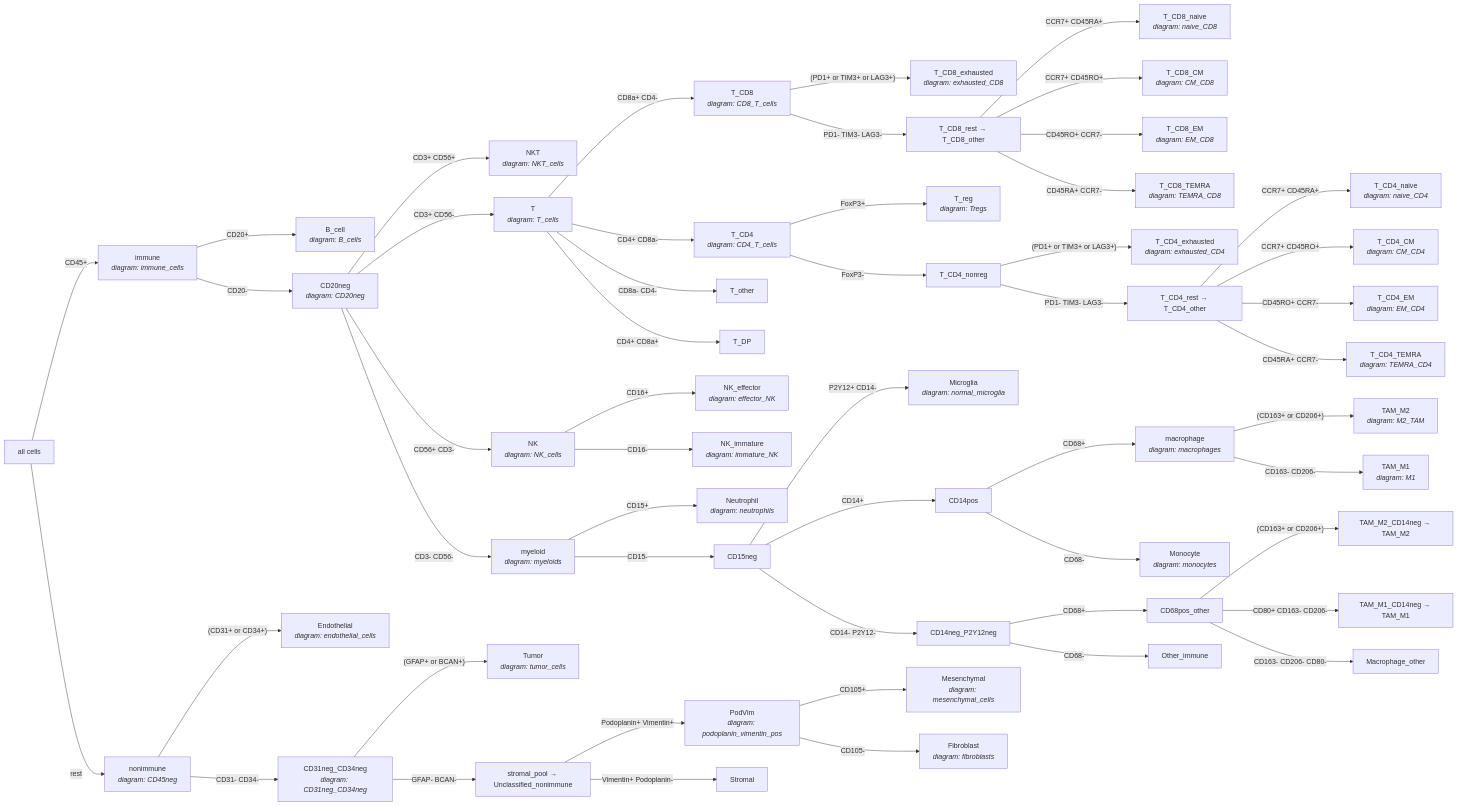
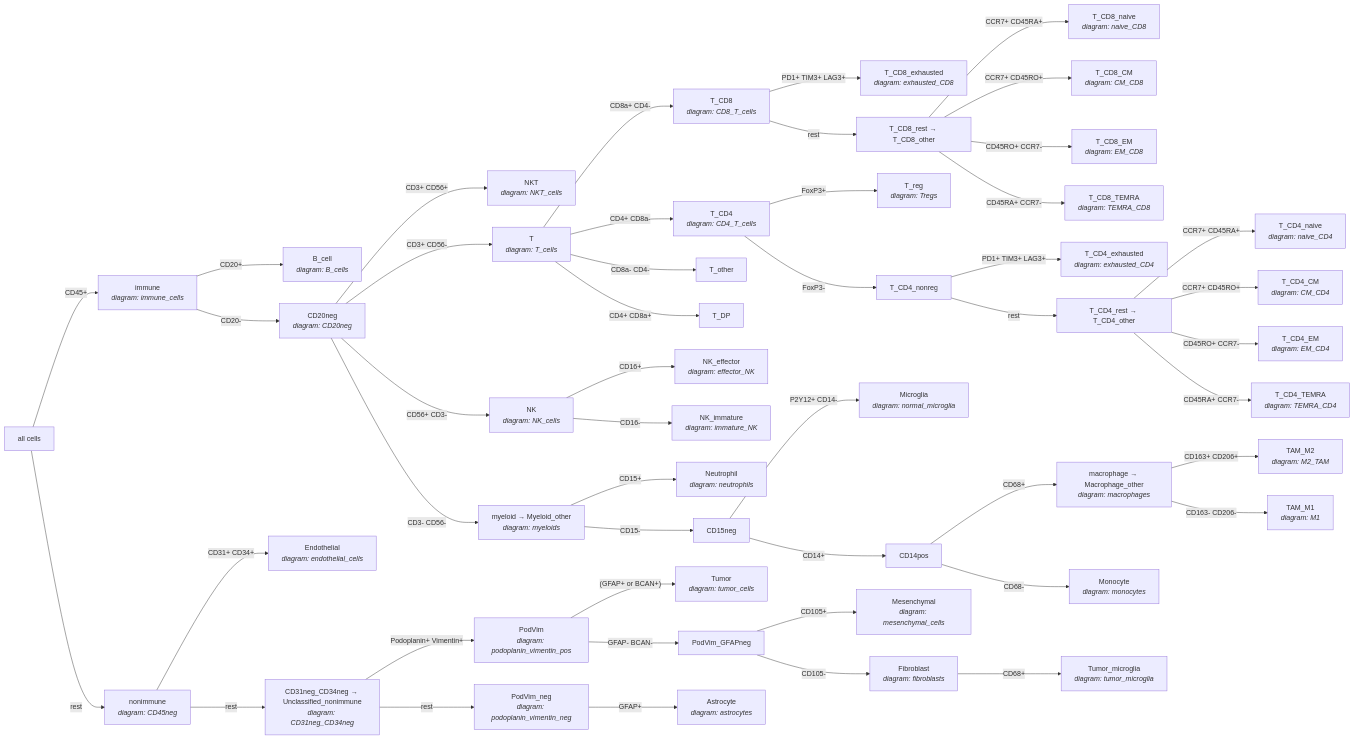
Before and after one commit to federicadannunzio1/MACSima-HGG: the diagram in docs/gating_tree.md, drawn with Mermaid. The commit also changed other lines of this file and 9 other files, not shown here.

Commit message:
Gating follows the reference diagram; deviations generated from the YAML; optional per-ROI negpop thresholds

````diff
--- a/docs/gating_tree.md
+++ b/docs/gating_tree.md
@@ -32,38 +32,34 @@
   NK["NK<br/><i>diagram: NK_cells</i>"]
   NK_effector["NK_effector<br/><i>diagram: effector_NK</i>"]
   NK_immature["NK_immature<br/><i>diagram: immature_NK</i>"]
-  myeloid["myeloid<br/><i>diagram: myeloids</i>"]
+  myeloid["myeloid → Myeloid_other<br/><i>diagram: myeloids</i>"]
   Neutrophil["Neutrophil<br/><i>diagram: neutrophils</i>"]
   CD15neg["CD15neg"]
   Microglia["Microglia<br/><i>diagram: normal_microglia</i>"]
   CD14pos["CD14pos"]
-  macrophage["macrophage<br/><i>diagram: macrophages</i>"]
+  macrophage["macrophage → Macrophage_other<br/><i>diagram: macrophages</i>"]
   TAM_M2["TAM_M2<br/><i>diagram: M2_TAM</i>"]
   TAM_M1["TAM_M1<br/><i>diagram: M1</i>"]
   Monocyte["Monocyte<br/><i>diagram: monocytes</i>"]
-  CD14neg_P2Y12neg["CD14neg_P2Y12neg"]
-  CD68pos_other["CD68pos_other"]
-  TAM_M2_CD14neg["TAM_M2_CD14neg → TAM_M2"]
-  TAM_M1_CD14neg["TAM_M1_CD14neg → TAM_M1"]
-  Macrophage_other["Macrophage_other"]
-  Other_immune["Other_immune"]
   nonimmune["nonimmune<br/><i>diagram: CD45neg</i>"]
   Endothelial["Endothelial<br/><i>diagram: endothelial_cells</i>"]
-  CD31neg_CD34neg["CD31neg_CD34neg<br/><i>diagram: CD31neg_CD34neg</i>"]
+  CD31neg_CD34neg["CD31neg_CD34neg → Unclassified_nonimmune<br/><i>diagram: CD31neg_CD34neg</i>"]
+  PodVim["PodVim<br/><i>diagram: podoplanin_vimentin_pos</i>"]
   Tumor["Tumor<br/><i>diagram: tumor_cells</i>"]
-  stromal_pool["stromal_pool → Unclassified_nonimmune"]
-  PodVim["PodVim<br/><i>diagram: podoplanin_vimentin_pos</i>"]
+  PodVim_GFAPneg["PodVim_GFAPneg"]
   Mesenchymal["Mesenchymal<br/><i>diagram: mesenchymal_cells</i>"]
   Fibroblast["Fibroblast<br/><i>diagram: fibroblasts</i>"]
-  Stromal["Stromal"]
+  Tumor_microglia["Tumor_microglia<br/><i>diagram: tumor_microglia</i>"]
+  PodVim_neg["PodVim_neg<br/><i>diagram: podoplanin_vimentin_neg</i>"]
+  Astrocyte["Astrocyte<br/><i>diagram: astrocytes</i>"]
   root -->|"CD45+"| immune
   immune -->|"CD20+"| B_cell
   immune -->|"CD20-"| CD20neg
   CD20neg -->|"CD3+ CD56+"| NKT
   CD20neg -->|"CD3+ CD56-"| T
   T -->|"CD8a+ CD4-"| T_CD8
-  T_CD8 -->|"(PD1+ or TIM3+ or LAG3+)"| T_CD8_exhausted
-  T_CD8 -->|"PD1- TIM3- LAG3-"| T_CD8_rest
+  T_CD8 -->|"PD1+ TIM3+ LAG3+"| T_CD8_exhausted
+  T_CD8 -->|"rest"| T_CD8_rest
   T_CD8_rest -->|"CCR7+ CD45RA+"| T_CD8_naive
   T_CD8_rest -->|"CCR7+ CD45RO+"| T_CD8_CM
   T_CD8_rest -->|"CD45RO+ CCR7-"| T_CD8_EM
@@ -71,8 +67,8 @@
   T -->|"CD4+ CD8a-"| T_CD4
   T_CD4 -->|"FoxP3+"| T_reg
   T_CD4 -->|"FoxP3-"| T_CD4_nonreg
-  T_CD4_nonreg -->|"(PD1+ or TIM3+ or LAG3+)"| T_CD4_exhausted
-  T_CD4_nonreg -->|"PD1- TIM3- LAG3-"| T_CD4_rest
+  T_CD4_nonreg -->|"PD1+ TIM3+ LAG3+"| T_CD4_exhausted
+  T_CD4_nonreg -->|"rest"| T_CD4_rest
   T_CD4_rest -->|"CCR7+ CD45RA+"| T_CD4_naive
   T_CD4_rest -->|"CCR7+ CD45RO+"| T_CD4_CM
   T_CD4_rest -->|"CD45RO+ CCR7-"| T_CD4_EM
@@ -88,22 +84,18 @@
   CD15neg -->|"P2Y12+ CD14-"| Microglia
   CD15neg -->|"CD14+"| CD14pos
   CD14pos -->|"CD68+"| macrophage
-  macrophage -->|"(CD163+ or CD206+)"| TAM_M2
+  macrophage -->|"CD163+ CD206+"| TAM_M2
   macrophage -->|"CD163- CD206-"| TAM_M1
   CD14pos -->|"CD68-"| Monocyte
-  CD15neg -->|"CD14- P2Y12-"| CD14neg_P2Y12neg
-  CD14neg_P2Y12neg -->|"CD68+"| CD68pos_other
-  CD68pos_other -->|"(CD163+ or CD206+)"| TAM_M2_CD14neg
-  CD68pos_other -->|"CD80+ CD163- CD206-"| TAM_M1_CD14neg
-  CD68pos_other -->|"CD163- CD206- CD80-"| Macrophage_other
-  CD14neg_P2Y12neg -->|"CD68-"| Other_immune
   root -->|"rest"| nonimmune
-  nonimmune -->|"(CD31+ or CD34+)"| Endothelial
-  nonimmune -->|"CD31- CD34-"| CD31neg_CD34neg
-  CD31neg_CD34neg -->|"(GFAP+ or BCAN+)"| Tumor
-  CD31neg_CD34neg -->|"GFAP- BCAN-"| stromal_pool
-  stromal_pool -->|"Podoplanin+ Vimentin+"| PodVim
-  PodVim -->|"CD105+"| Mesenchymal
-  PodVim -->|"CD105-"| Fibroblast
-  stromal_pool -->|"Vimentin+ Podoplanin-"| Stromal
+  nonimmune -->|"CD31+ CD34+"| Endothelial
+  nonimmune -->|"rest"| CD31neg_CD34neg
+  CD31neg_CD34neg -->|"Podoplanin+ Vimentin+"| PodVim
+  PodVim -->|"(GFAP+ or BCAN+)"| Tumor
+  PodVim -->|"GFAP- BCAN-"| PodVim_GFAPneg
+  PodVim_GFAPneg -->|"CD105+"| Mesenchymal
+  PodVim_GFAPneg -->|"CD105-"| Fibroblast
+  Fibroblast -->|"CD68+"| Tumor_microglia
+  CD31neg_CD34neg -->|"rest"| PodVim_neg
+  PodVim_neg -->|"GFAP+"| Astrocyte
 ```
````
